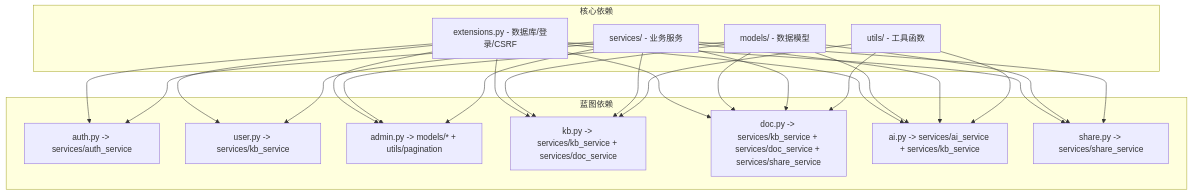
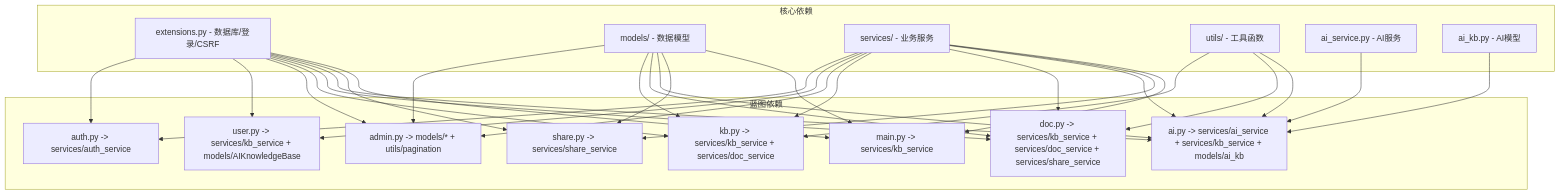
The sixth of 8 diagrams in .qoder/repowiki/zh/content/架构设计/蓝图系统设计/蓝图系统设计.md (beyondalbert/my_wiki), drawn with Mermaid before and after one commit. The commit also changed other lines of this file and 10 other files, not shown here.

````diff
--- a/.qoder/repowiki/zh/content/架构设计/蓝图系统设计/蓝图系统设计.md
+++ b/.qoder/repowiki/zh/content/架构设计/蓝图系统设计/蓝图系统设计.md
@@ -349,40 +412,48 @@
 ```mermaid
 graph TB
 subgraph "核心依赖"
 A[extensions.py - 数据库/登录/CSRF]
 B[models/ - 数据模型]
 C[services/ - 业务服务]
 D[utils/ - 工具函数]
+E[ai_service.py - AI服务]
+F[ai_kb.py - AI模型]
 end
 subgraph "蓝图依赖"
-E[auth.py -> services/auth_service]
-F[user.py -> services/kb_service]
-G[admin.py -> models/* + utils/pagination]
-H[kb.py -> services/kb_service + services/doc_service]
-I[doc.py -> services/kb_service + services/doc_service + services/share_service]
-J[ai.py -> services/ai_service + services/kb_service]
-K[share.py -> services/share_service]
+G[auth.py -> services/auth_service]
+H[user.py -> services/kb_service + models/AIKnowledgeBase]
+I[admin.py -> models/* + utils/pagination]
+J[kb.py -> services/kb_service + services/doc_service]
+K[doc.py -> services/kb_service + services/doc_service + services/share_service]
+L[ai.py -> services/ai_service + services/kb_service + models/ai_kb]
+M[share.py -> services/share_service]
+N[main.py -> services/kb_service]
 end
-A --> E
-A --> F
 A --> G
 A --> H
 A --> I
 A --> J
 A --> K
-B --> G
-B --> H
+A --> L
+A --> M
+A --> N
 B --> I
 B --> J
 B --> K
-C --> E
-C --> F
+B --> L
+B --> M
+B --> N
 C --> G
 C --> H
 C --> I
 C --> J
 C --> K
-D --> H
-D --> I
+C --> L
+C --> M
+C --> N
 D --> J
+D --> K
+D --> L
+E --> L
+F --> L
 ```
````
